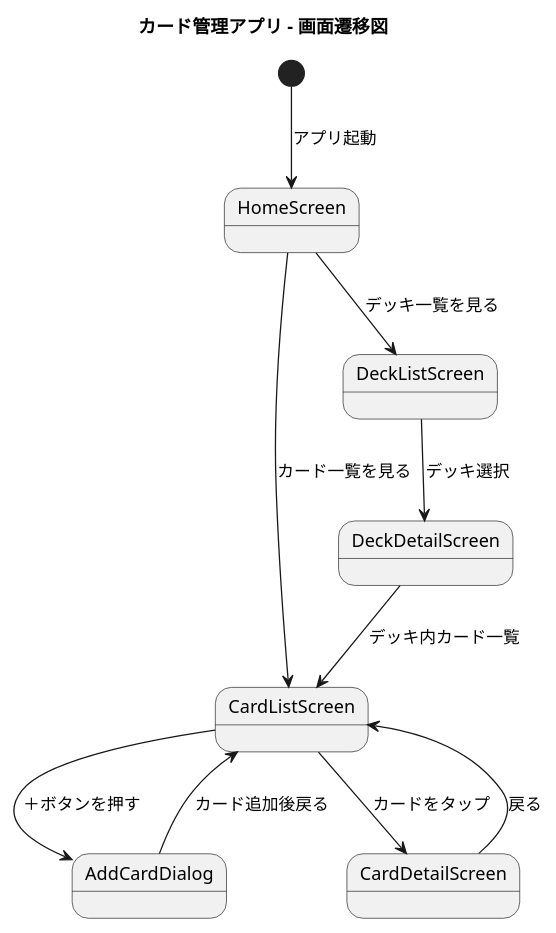
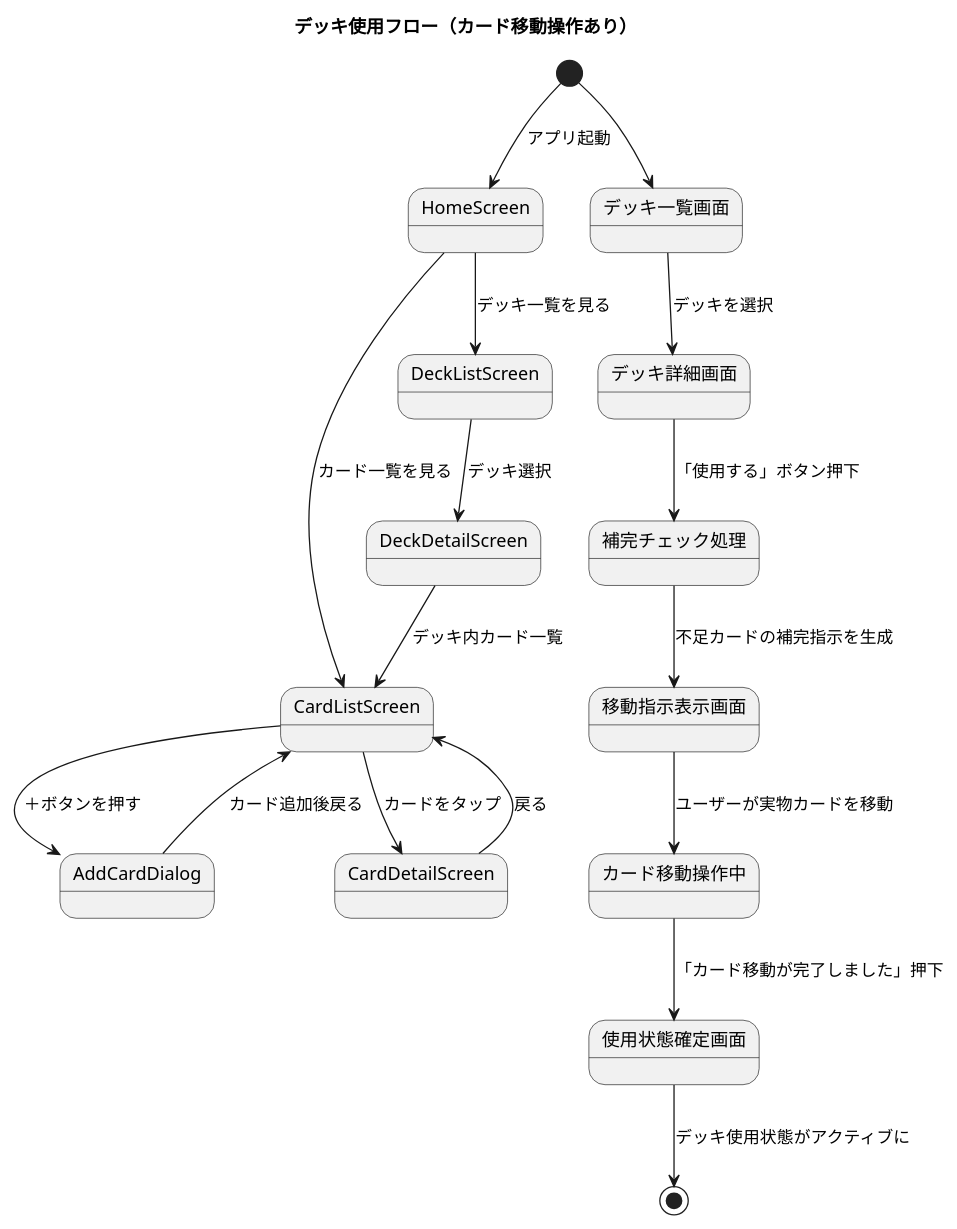
One commit to nilg5120/cardproFlutter changed the diagram in docs/uml/screenl_flow.puml. Above: the diagram before and after it, drawn with PlantUML.

Commit message:
screenl_flow.puml の更新

```diff
--- a/docs/uml/screenl_flow.puml
+++ b/docs/uml/screenl_flow.puml
@@ -1,16 +1,30 @@
 @startuml screen_flow
 title カード管理アプリ - 画面遷移図
 
 [*] --> HomeScreen : アプリ起動
 HomeScreen --> CardListScreen : カード一覧を見る
 CardListScreen --> AddCardDialog : ＋ボタンを押す
 AddCardDialog --> CardListScreen : カード追加後戻る
 
 CardListScreen --> CardDetailScreen : カードをタップ
 CardDetailScreen --> CardListScreen : 戻る
 
 HomeScreen --> DeckListScreen : デッキ一覧を見る
 DeckListScreen --> DeckDetailScreen : デッキ選択
 DeckDetailScreen --> CardListScreen : デッキ内カード一覧
+title デッキ使用フロー（カード移動操作あり）
+
+[*] --> デッキ一覧画面
+
+デッキ一覧画面 --> デッキ詳細画面 : デッキを選択
+デッキ詳細画面 --> 補完チェック処理 : 「使用する」ボタン押下
+
+補完チェック処理 --> 移動指示表示画面 : 不足カードの補完指示を生成
+
+移動指示表示画面 --> カード移動操作中 : ユーザーが実物カードを移動
+カード移動操作中 --> 使用状態確定画面 : 「カード移動が完了しました」押下
+
+使用状態確定画面 --> [*] : デッキ使用状態がアクティブに
+
 
 @enduml
```
